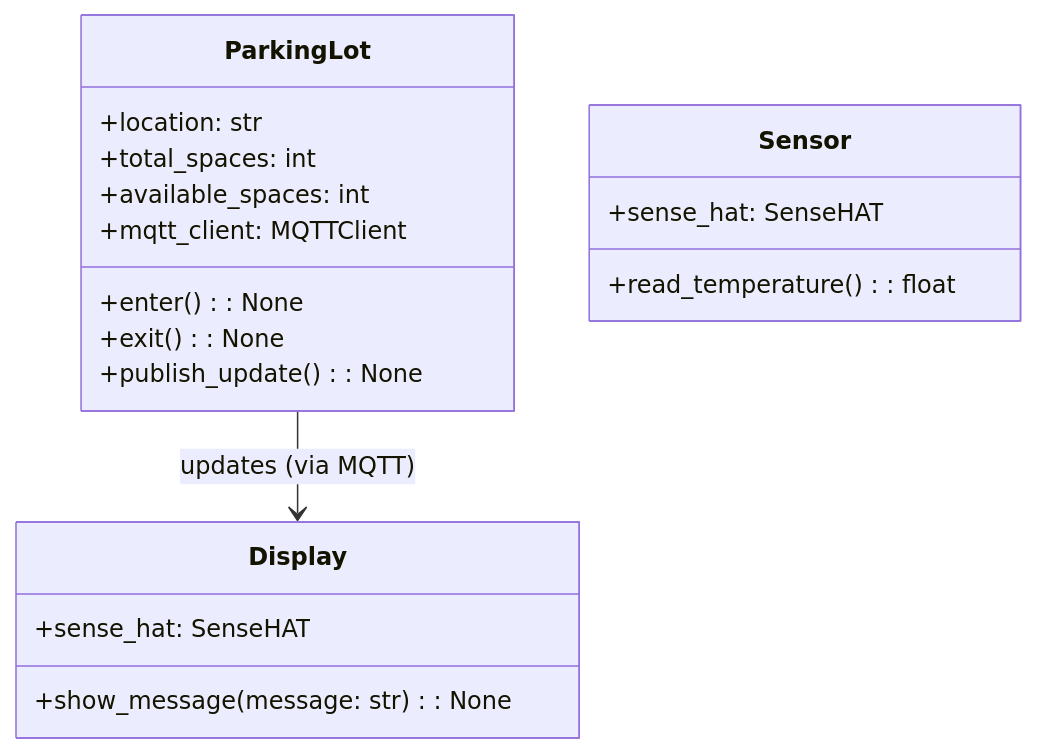
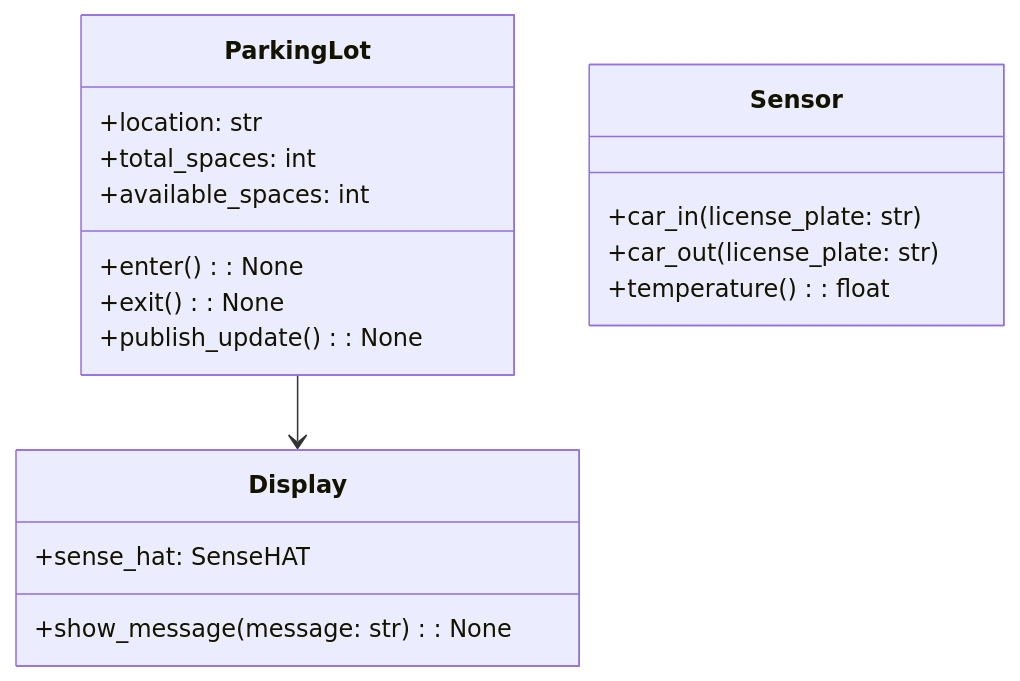
One commit to Admiralmex/civ-datascience-ipriot-proj-carpark changed the diagram in docs/high_level_design.md. Above: the diagram before and after it, drawn with Mermaid. The commit also changed other lines of this file and 1 other file, not shown here.

````diff
--- a/docs/high_level_design.md
+++ b/docs/high_level_design.md
@@ -52,22 +52,22 @@
 ```mermaid
 
 classDiagram
-    ParkingLot --> Display : updates (via MQTT)
+    ParkingLot --> Display
     class ParkingLot {
         +location: str
         +total_spaces: int
         +available_spaces: int
-        +mqtt_client: MQTTClient
         +enter(): None
         +exit(): None
         +publish_update(): None
     }
     class Sensor {
-        +sense_hat: SenseHAT
-        +read_temperature(): float
+        +car_in(license_plate: str)
+        +car_out(license_plate: str)
+        +temperature(): float
     }
     class Display {
         +sense_hat: SenseHAT
         +show_message(message: str): None
     }
 ```
````
